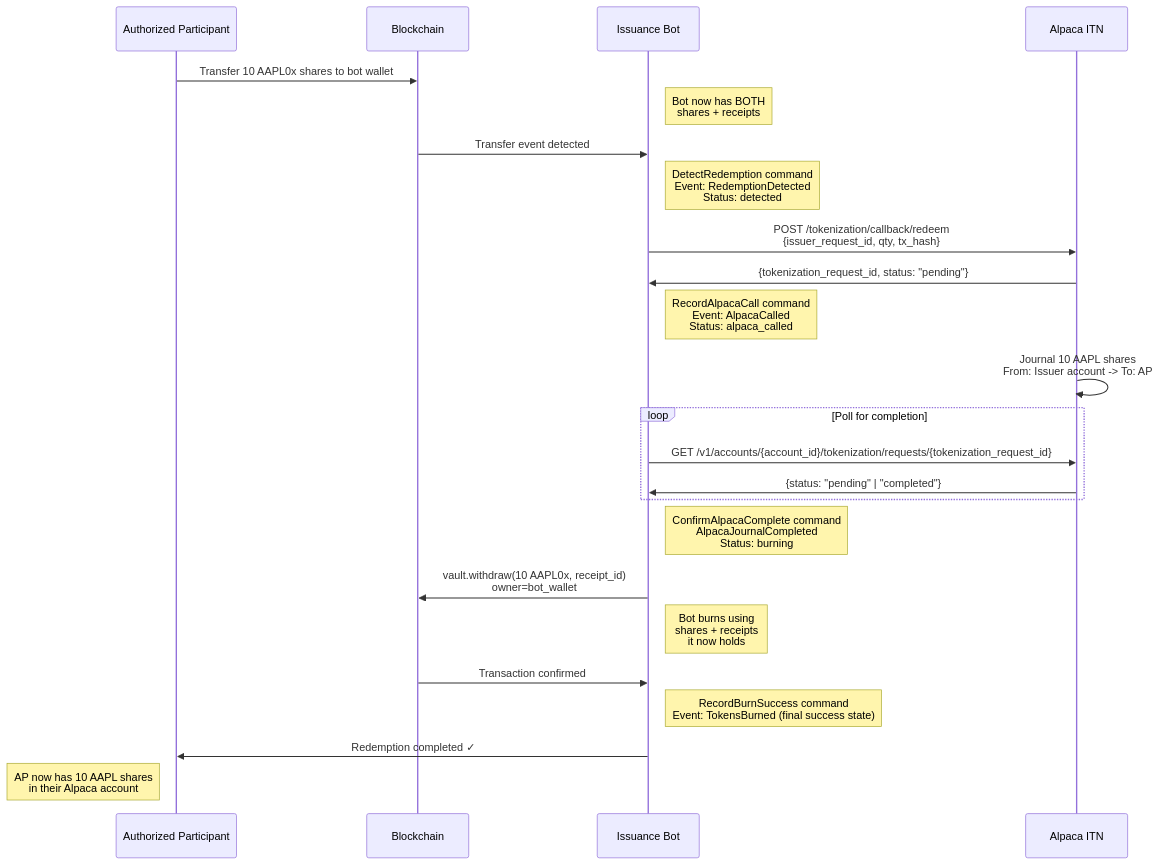
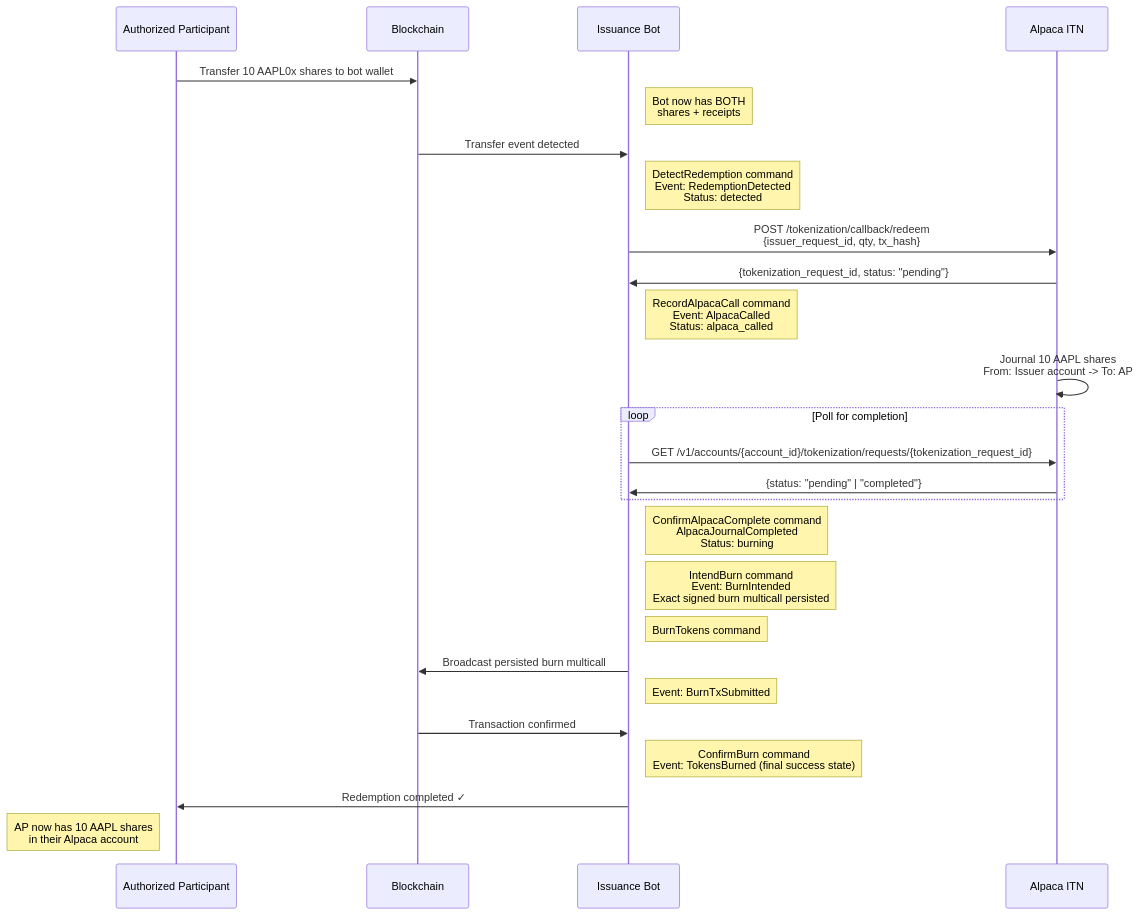
Before and after one commit to ST0x-Technology/st0x.issuance: the fifth of 7 diagrams in SPEC.md, drawn with Mermaid. The commit also changed other lines of this file and 6 other files, not shown here.

````diff
--- a/SPEC.md
+++ b/SPEC.md
@@ -1569,33 +1570,35 @@
 ```mermaid
 sequenceDiagram
     participant AP as Authorized Participant
     participant Blockchain as Blockchain
     participant Us as Issuance Bot
     participant Alpaca as Alpaca ITN
 
     AP->>Blockchain: Transfer 10 AAPL0x shares to bot wallet
     Note right of Us: Bot now has BOTH<br/>shares + receipts
     Blockchain->>Us: Transfer event detected
     Note right of Us: DetectRedemption command<br/>Event: RedemptionDetected<br/>Status: detected
 
     Us->>Alpaca: POST /tokenization/callback/redeem<br/>{issuer_request_id, qty, tx_hash}
     Alpaca->>Us: {tokenization_request_id, status: "pending"}
     Note right of Us: RecordAlpacaCall command<br/>Event: AlpacaCalled<br/>Status: alpaca_called
 
     Alpaca->>Alpaca: Journal 10 AAPL shares<br/>From: Issuer account -> To: AP
 
     loop Poll for completion
         Us->>Alpaca: GET /v1/accounts/{account_id}/tokenization/requests/{tokenization_request_id}
         Alpaca->>Us: {status: "pending" | "completed"}
     end
 
     Note right of Us: ConfirmAlpacaComplete command<br/>AlpacaJournalCompleted<br/>Status: burning
 
-    Us->>Blockchain: vault.withdraw(10 AAPL0x, receipt_id)<br/>owner=bot_wallet
-    Note right of Us: Bot burns using<br/>shares + receipts<br/>it now holds
+    Note right of Us: IntendBurn command<br/>Event: BurnIntended<br/>Exact signed burn multicall persisted
+    Note right of Us: BurnTokens command
+    Us->>Blockchain: Broadcast persisted burn multicall
+    Note right of Us: Event: BurnTxSubmitted
     Blockchain->>Us: Transaction confirmed
-    Note right of Us: RecordBurnSuccess command<br/>Event: TokensBurned (final success state)
+    Note right of Us: ConfirmBurn command<br/>Event: TokensBurned (final success state)
 
     Us->>AP: Redemption completed ✓
     Note left of AP: AP now has 10 AAPL shares<br/>in their Alpaca account
 ```
````
